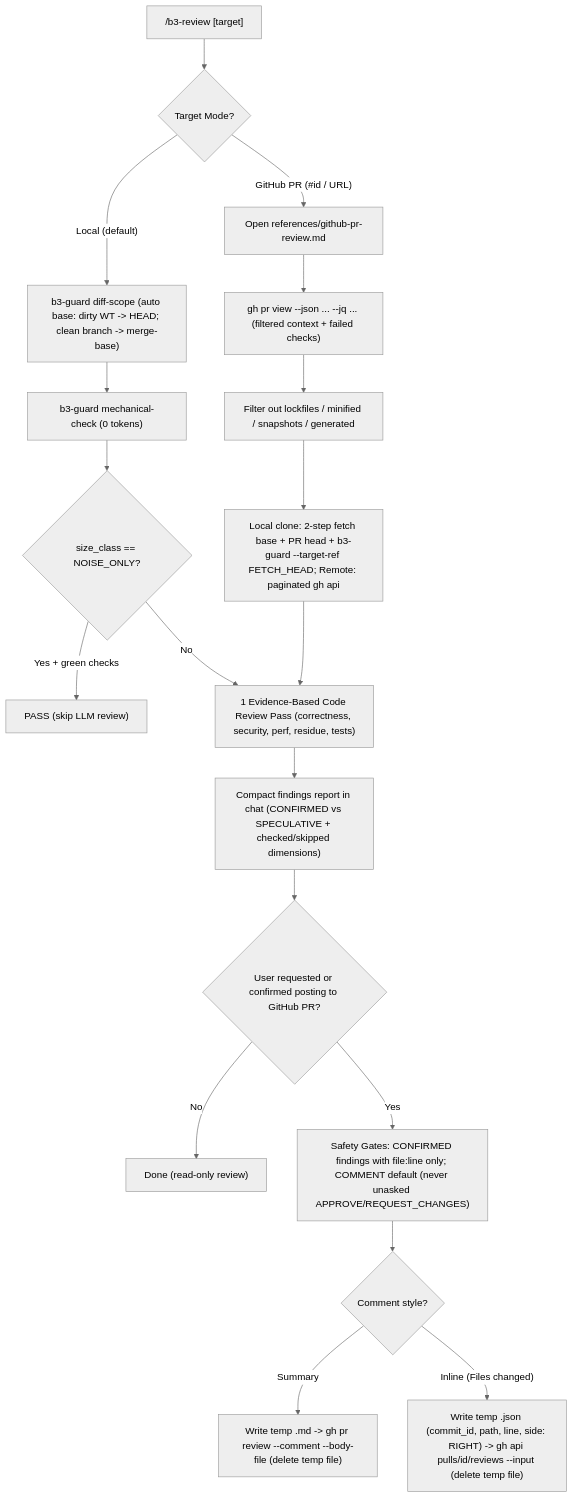
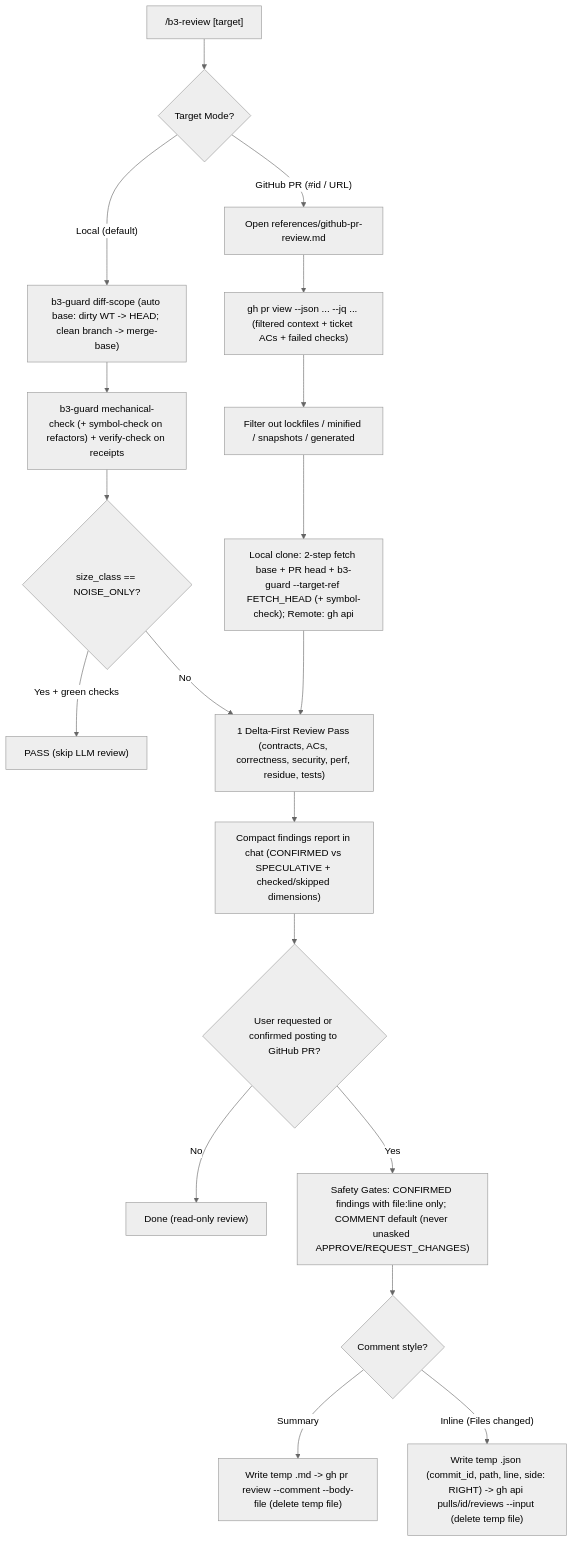
The fourth of 5 diagrams in docs/ship-and-review-guide.md (hptbee/b3_ai-engineering), drawn with Mermaid (neutral theme) before and after one commit. The commit also changed other lines of this file and 8 other files, not shown here.

````diff
--- a/docs/ship-and-review-guide.md
+++ b/docs/ship-and-review-guide.md
@@ -148,24 +148,24 @@
 ```mermaid
 flowchart TD
     Inv["/b3-review [target]"] --> Mode{"Target Mode?"}
 
     Mode -->|"Local (default)"| AutoBase["b3-guard diff-scope (auto base: dirty WT -> HEAD; clean branch -> merge-base)"]
-    AutoBase --> LocalMech["b3-guard mechanical-check (0 tokens)"]
+    AutoBase --> LocalMech["b3-guard mechanical-check (+ symbol-check on refactors) + verify-check on receipts"]
     LocalMech --> LocalNoise{"size_class == NOISE_ONLY?"}
     LocalNoise -->|"Yes + green checks"| LocalPass["PASS (skip LLM review)"]
-    LocalNoise -->|"No"| ReviewPass["1 Evidence-Based Code Review Pass (correctness, security, perf, residue, tests)"]
+    LocalNoise -->|"No"| ReviewPass["1 Delta-First Review Pass (contracts, ACs, correctness, security, perf, residue, tests)"]
 
     Mode -->|"GitHub PR (#id / URL)"| LoadRef["Open references/github-pr-review.md"]
-    LoadRef --> PrMeta["gh pr view --json ... --jq ... (filtered context + failed checks)"]
+    LoadRef --> PrMeta["gh pr view --json ... --jq ... (filtered context + ticket ACs + failed checks)"]
     PrMeta --> FilterNoise["Filter out lockfiles / minified / snapshots / generated"]
-    FilterNoise --> FetchDiff["Local clone: 2-step fetch base + PR head + b3-guard --target-ref FETCH_HEAD; Remote: paginated gh api"]
+    FilterNoise --> FetchDiff["Local clone: 2-step fetch base + PR head + b3-guard --target-ref FETCH_HEAD (+ symbol-check); Remote: gh api"]
     FetchDiff --> ReviewPass
 
     ReviewPass --> ChatReport["Compact findings report in chat (CONFIRMED vs SPECULATIVE + checked/skipped dimensions)"]
     ChatReport --> PostGate{"User requested or confirmed posting to GitHub PR?"}
     PostGate -->|"No"| Done["Done (read-only review)"]
     PostGate -->|"Yes"| SignalGate["Safety Gates: CONFIRMED findings with file:line only; COMMENT default (never unasked APPROVE/REQUEST_CHANGES)"]
     SignalGate --> PostType{"Comment style?"}
     PostType -->|"Summary"| SummaryCmd["Write temp .md -> gh pr review --comment --body-file (delete temp file)"]
     PostType -->|"Inline (Files changed)"| InlineCmd["Write temp .json (commit_id, path, line, side: RIGHT) -> gh api pulls/id/reviews --input (delete temp file)"]
 ```
````
